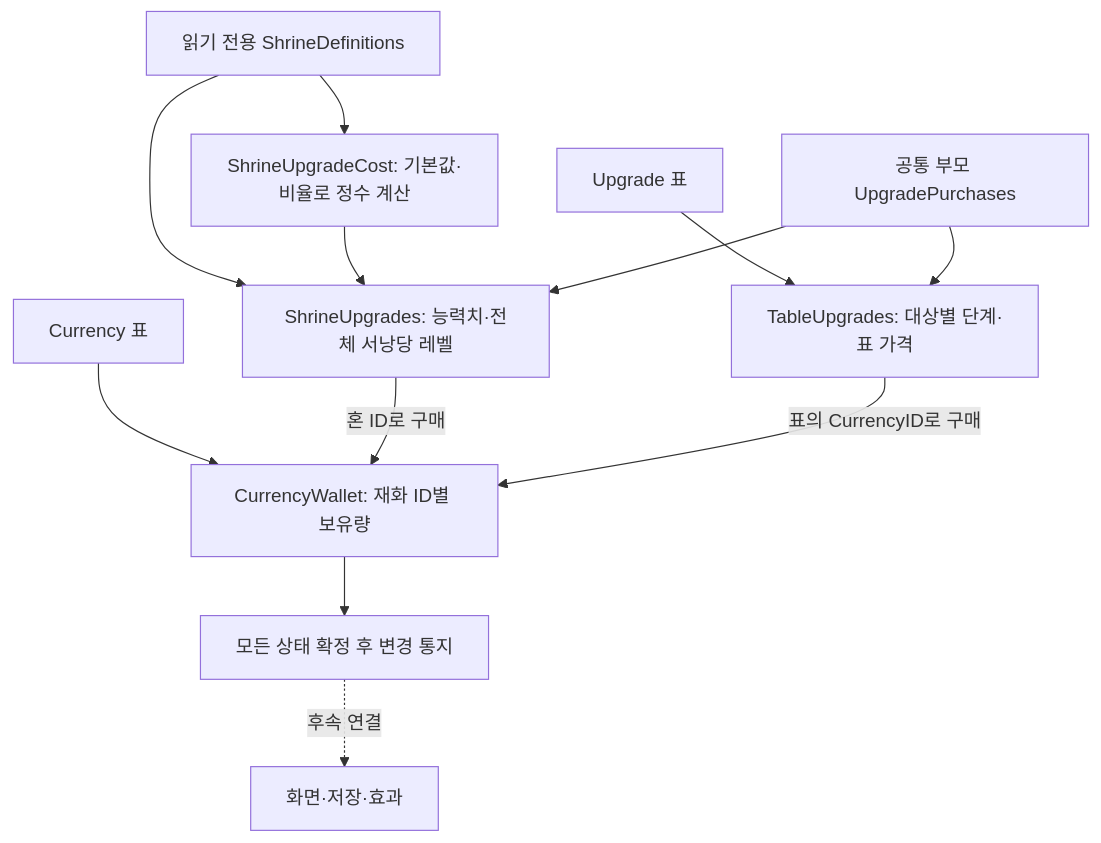
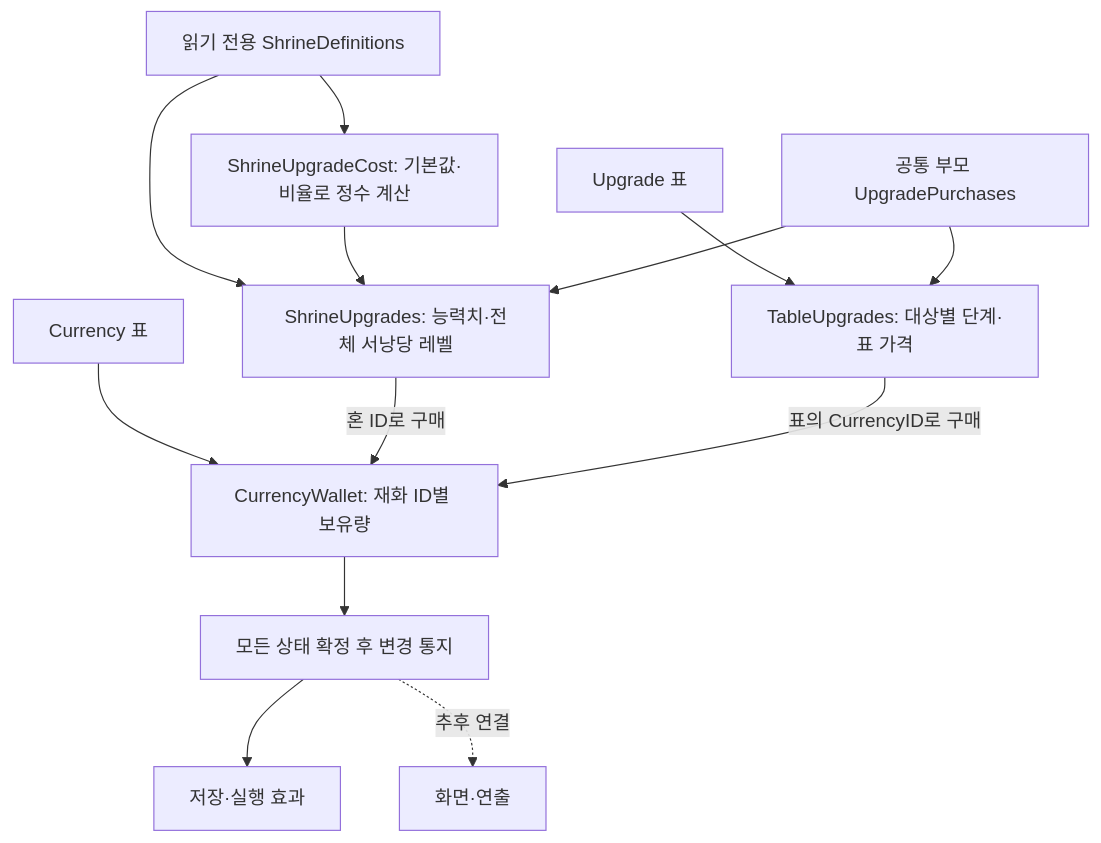
Before and after one commit to lkhwcf-arch/Human_Ghost-: the first of 4 diagrams in Docs/개발자용 설계문서/재화와 강화 구매 설계.md, drawn with Mermaid. The commit also changed other lines of this file and 41 other files, not shown here.

````diff
--- a/Docs/개발자용 설계문서/재화와 강화 구매 설계.md
+++ b/Docs/개발자용 설계문서/재화와 강화 구매 설계.md
@@ -9,14 +9,15 @@
 ```mermaid
 flowchart TD
     C[Currency 표] --> W[CurrencyWallet: 재화 ID별 보유량]
     D[읽기 전용 ShrineDefinitions] --> S[ShrineUpgrades: 능력치·전체 서낭당 레벨]
     D --> R[ShrineUpgradeCost: 기본값·비율로 정수 계산]
     R --> S
     T[Upgrade 표] --> H[TableUpgrades: 대상별 단계·표 가격]
     P[공통 부모 UpgradePurchases] --> S
     P --> H
     S -->|혼 ID로 구매| W
     H -->|표의 CurrencyID로 구매| W
     W --> E[모든 상태 확정 후 변경 통지]
-    E -.후속 연결.-> V[화면·저장·효과]
+    E --> V[저장·실행 효과]
+    E -.추후 연결.-> UI[화면·연출]
 ```
````
